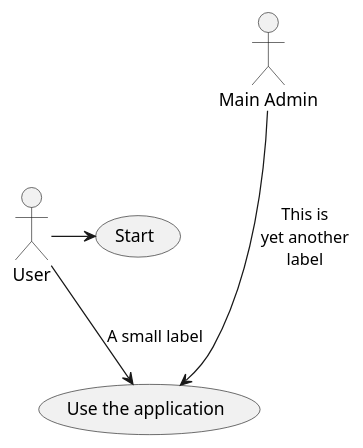
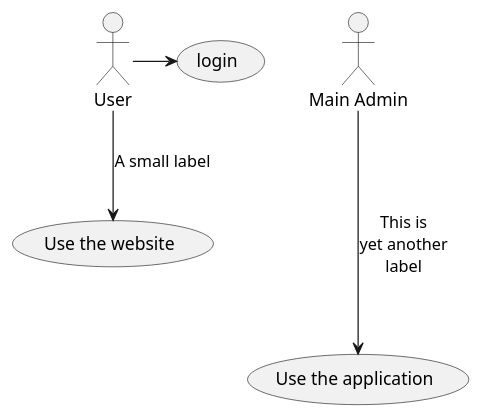
Before and after one commit to araguaci/EnglishWorlds: the diagram in UML diagrams and stuff/redirect.pu, drawn with PlantUML. The commit also changed 3 other files, not shown here.

```diff
--- a/UML diagrams and stuff/redirect.pu
+++ b/UML diagrams and stuff/redirect.pu
@@ -1,8 +1,8 @@
 @startuml
 
-User -> (Start)
-User --> (Use the application) : A small label
+User -> (login)
+User --> (Use the website) : A small label
 
 :Main Admin: ---> (Use the application) : This is\nyet another\nlabel
 
 @enduml
```
